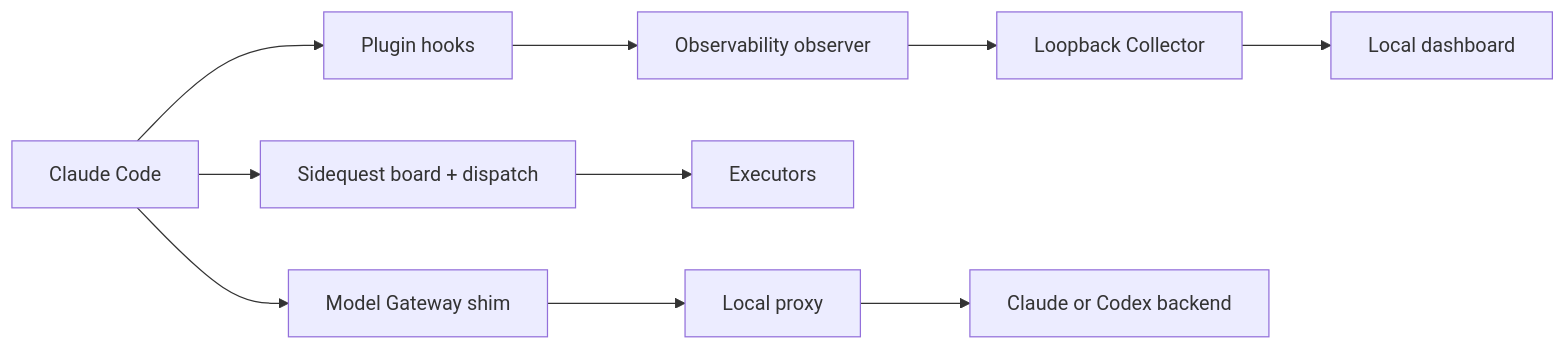
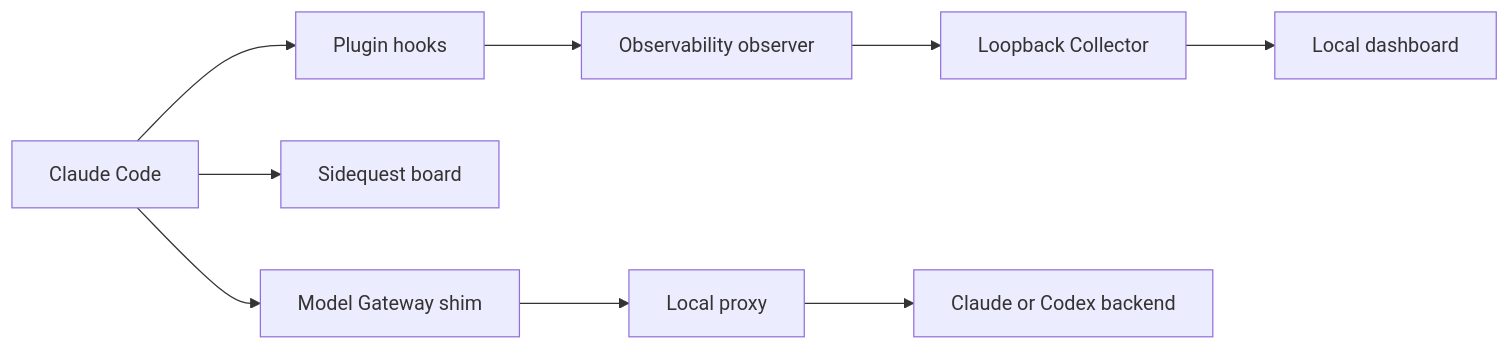
Before and after one commit to Eigenwise/eigenwise-toolshed: the diagram in docs/src/content/docs/architecture.md, drawn with Mermaid. The commit also changed other lines of this file and 26 other files, not shown here.

````diff
--- a/docs/src/content/docs/architecture.md
+++ b/docs/src/content/docs/architecture.md
@@ -8,12 +8,11 @@
 ```mermaid
 flowchart LR
   CC[Claude Code] --> H[Plugin hooks]
   H --> O[Observability observer]
   O --> C[Loopback Collector]
   C --> G[Local dashboard]
-  CC --> S[Sidequest board + dispatch]
-  S --> E[Executors]
+  CC --> S[Sidequest board]
   CC --> W[Model Gateway shim]
   W --> P[Local proxy]
   P --> API[Claude or Codex backend]
 ```
````
